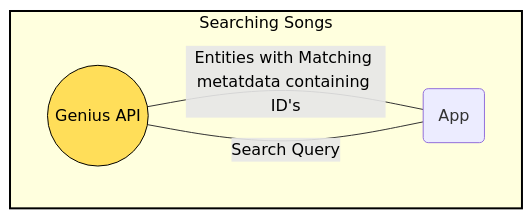
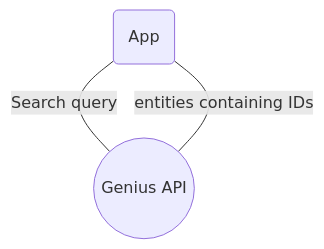
The diagram in README.md (shub39/Rush), drawn with Mermaid before and after one commit.

Commit message:
:fire: Flow test

````diff
--- a/README.md
+++ b/README.md
@@ -88,16 +88,6 @@
 ```mermaid
 flowchart
-subgraph s1["Searching Songs"]
-n3
-n2@{ label: "App" }
-end
-n2
-n2
-s1
-n2@{ shape: "rounded", label: "App" } --- |Search Query| n3@{ shape: "circle", label: "Genius API" }
-style n3 color:#000000,stroke:#000000,fill:#FFDE59
-n3 --- |Entities with Matching metatdata containing ID's| n2
-style s1 stroke-width:2px,color:#000000,stroke:#000000
-linkStyle 1 color:#000000
-linkStyle 0 color:#000000
+    n1@{ shape: "rounded", label: "App" }
+n1 ---|"Search query"| n2@{ shape: "circle", label: "Genius API" }
+n2 ---|"entities containing IDs"| n1
 ```
````
